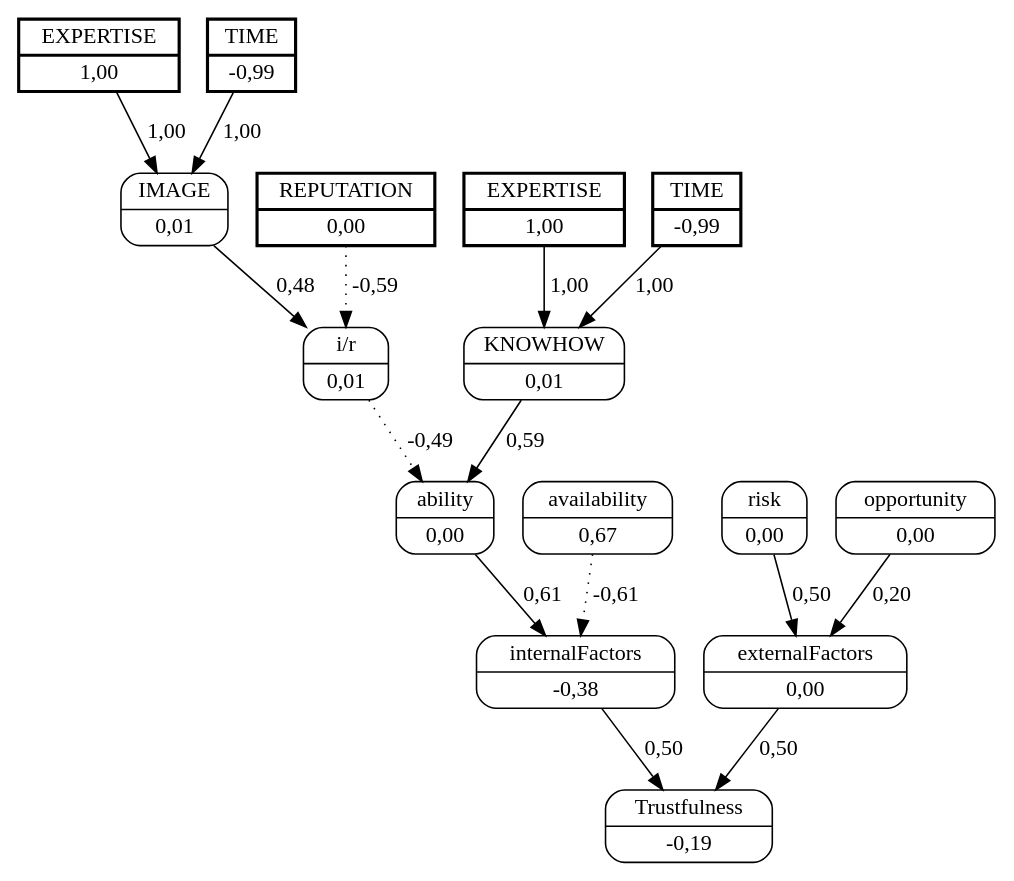
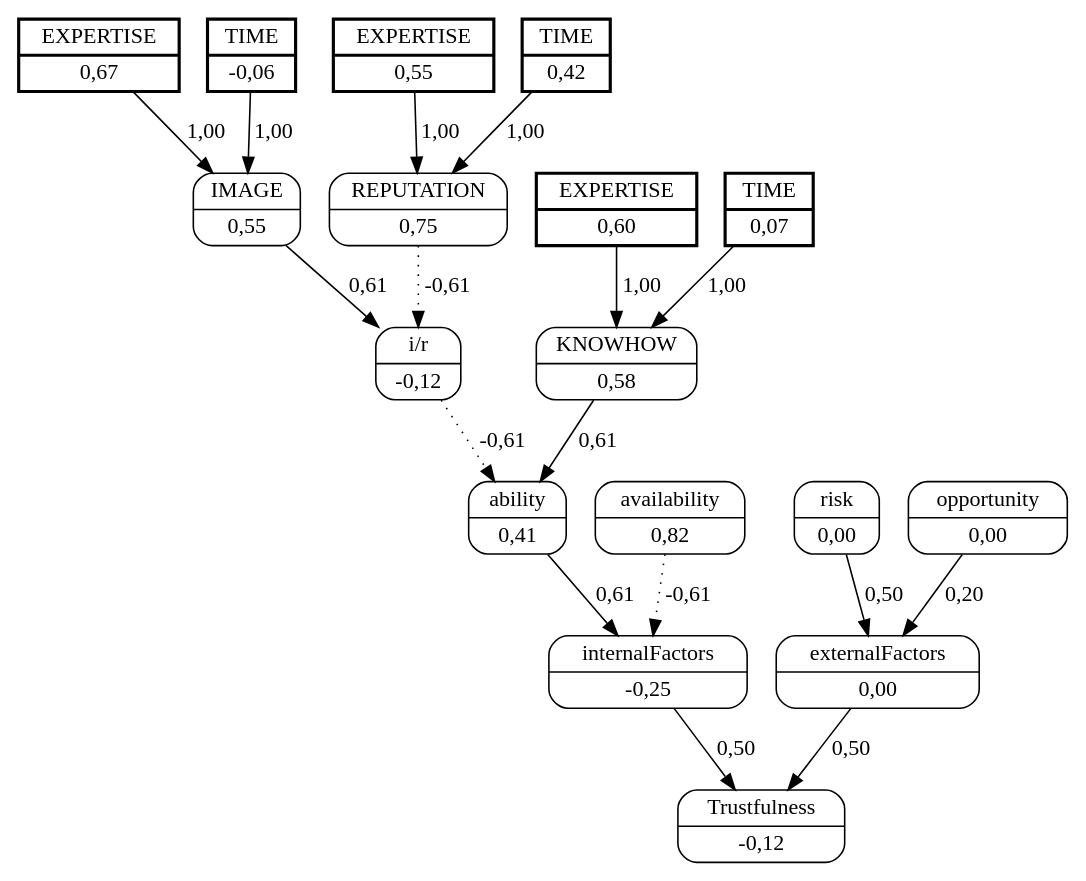
The diagram in unload_boxes/dots/worker_2helper_5.dot (jjbaqueta/unload_experiment), drawn with Graphviz before and after one commit. The commit also changed 92 other files, not shown here.

```diff
--- a/unload_boxes/dots/worker_2helper_5.dot
+++ b/unload_boxes/dots/worker_2helper_5.dot
@@ -1,34 +1,38 @@
 digraph FCM_net{
 	node [shape=record, style=rounded]
-	11 [label="{EXPERTISE | 1,00}", style=bold, penwidth=2, peripheries=2];
-	12 [label="{TIME | -0,99}", style=bold, penwidth=2, peripheries=2];
-	1 [label="{REPUTATION | 0,00}", style=bold, penwidth=2, peripheries=2];
-	13 [label="{EXPERTISE | 1,00}", style=bold, penwidth=2, peripheries=2];
-	14 [label="{TIME | -0,99}", style=bold, penwidth=2, peripheries=2];
-	0 [label="{IMAGE | 0,01}"];
-	1 [label="{REPUTATION | 0,00}"];
-	2 [label="{KNOWHOW | 0,01}"];
-	3 [label="{i/r | 0,01}"];
-	4 [label="{ability | 0,00}"];
-	5 [label="{availability | 0,67}"];
-	6 [label="{internalFactors | -0,38}"];
+	11 [label="{EXPERTISE | 0,67}", style=bold, penwidth=2, peripheries=2];
+	12 [label="{TIME | -0,06}", style=bold, penwidth=2, peripheries=2];
+	13 [label="{EXPERTISE | 0,55}", style=bold, penwidth=2, peripheries=2];
+	14 [label="{TIME | 0,42}", style=bold, penwidth=2, peripheries=2];
+	15 [label="{EXPERTISE | 0,60}", style=bold, penwidth=2, peripheries=2];
+	16 [label="{TIME | 0,07}", style=bold, penwidth=2, peripheries=2];
+	0 [label="{IMAGE | 0,55}"];
+	1 [label="{REPUTATION | 0,75}"];
+	2 [label="{KNOWHOW | 0,58}"];
+	3 [label="{i/r | -0,12}"];
+	4 [label="{ability | 0,41}"];
+	5 [label="{availability | 0,82}"];
+	6 [label="{internalFactors | -0,25}"];
 	7 [label="{risk | 0,00}"];
 	8 [label="{opportunity | 0,00}"];
 	9 [label="{externalFactors | 0,00}"];
-	10 [label="{Trustfulness | -0,19}"];
-	11 [label="{EXPERTISE | 1,00}"];
-	0 -> 3 [label = "0,48"];
-	1 -> 3 [label = "-0,59", style=dotted];
-	3 -> 4 [label = "-0,49", style=dotted];
-	2 -> 4 [label = "0,59"];
+	10 [label="{Trustfulness | -0,12}"];
+	11 [label="{EXPERTISE | 0,67}"];
+	13 [label="{EXPERTISE | 0,55}"];
+	0 -> 3 [label = "0,61"];
+	1 -> 3 [label = "-0,61", style=dotted];
+	3 -> 4 [label = "-0,61", style=dotted];
+	2 -> 4 [label = "0,61"];
 	4 -> 6 [label = "0,61"];
 	5 -> 6 [label = "-0,61", style=dotted];
 	6 -> 10 [label = "0,50"];
 	7 -> 9 [label = "0,50"];
 	8 -> 9 [label = "0,20"];
 	9 -> 10 [label = "0,50"];
 	11 -> 0 [label = "1,00"];
 	12 -> 0 [label = "1,00"];
-	13 -> 2 [label = "1,00"];
-	14 -> 2 [label = "1,00"];
+	13 -> 1 [label = "1,00"];
+	14 -> 1 [label = "1,00"];
+	15 -> 2 [label = "1,00"];
+	16 -> 2 [label = "1,00"];
 }
```
